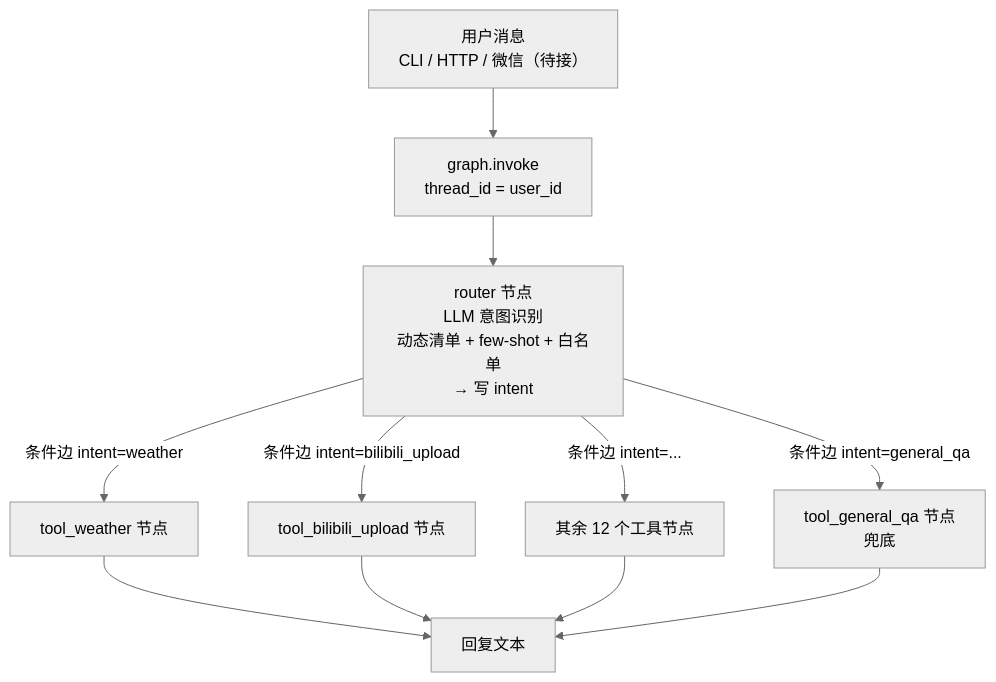
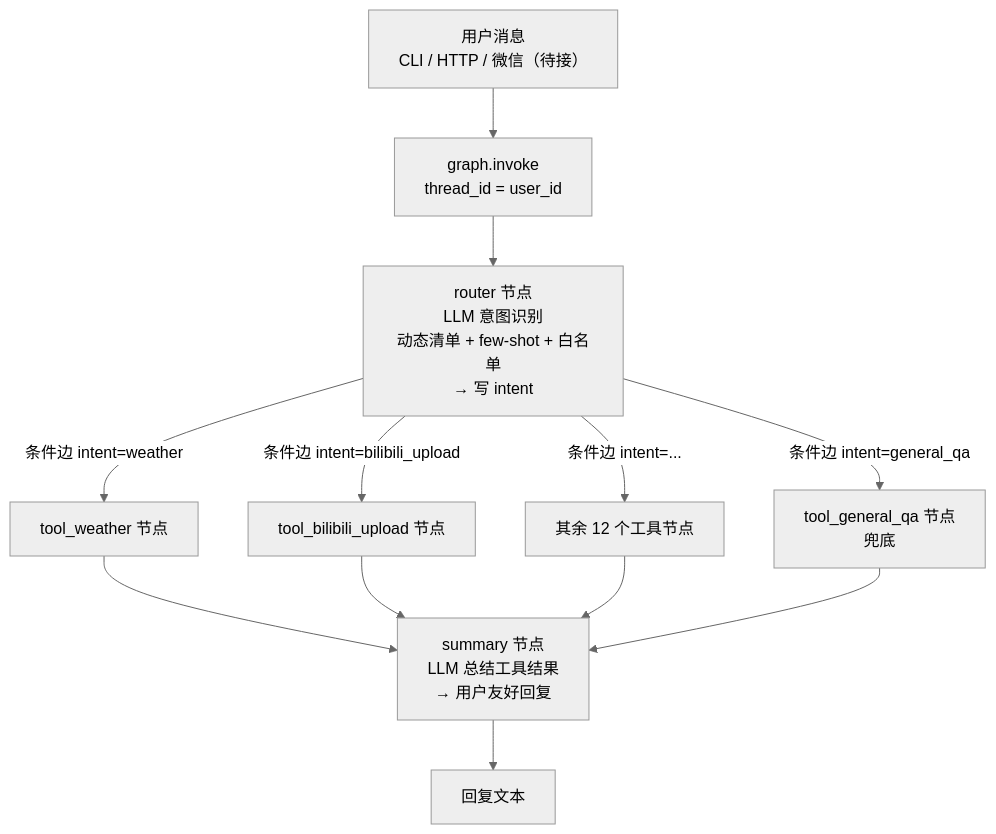
One commit to shixuanaa11/brainflow changed the second of 2 diagrams in README.md. Above: the diagram before and after it, drawn with Mermaid (neutral theme). The commit also changed other lines of this file, not shown here.

Commit message:
docs: README 同步 v1.1（summary 节点 / SSE 流式 / web 看板）

````diff
--- a/README.md
+++ b/README.md
@@ -97,13 +99,14 @@
 ```mermaid
 flowchart TB
     U[用户消息<br/>CLI / HTTP / 微信（待接）] --> INV[graph.invoke<br/>thread_id = user_id]
     INV --> R[router 节点<br/>LLM 意图识别<br/>动态清单 + few-shot + 白名单<br/>→ 写 intent]
     R -->|条件边 intent=weather| T1[tool_weather 节点]
     R -->|条件边 intent=bilibili_upload| T2[tool_bilibili_upload 节点]
     R -->|条件边 intent=...| T3[其余 12 个工具节点]
     R -->|条件边 intent=general_qa| TG[tool_general_qa 节点<br/>兜底]
-    T1 --> OUT[回复文本]
-    T2 --> OUT
-    T3 --> OUT
-    TG --> OUT
+    T1 --> S[summary 节点<br/>LLM 总结工具结果<br/>→ 用户友好回复]
+    T2 --> S
+    T3 --> S
+    TG --> S
+    S --> OUT[回复文本]
 ```
````
